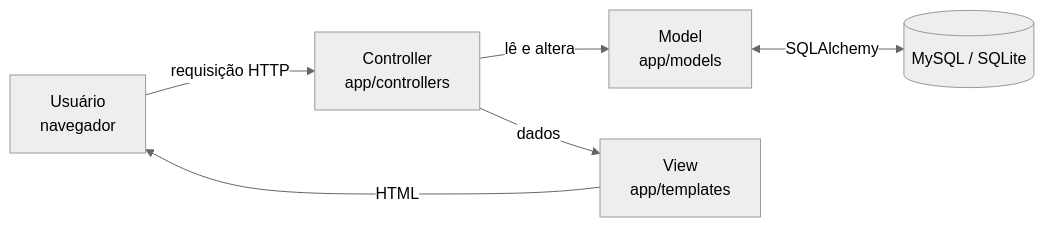
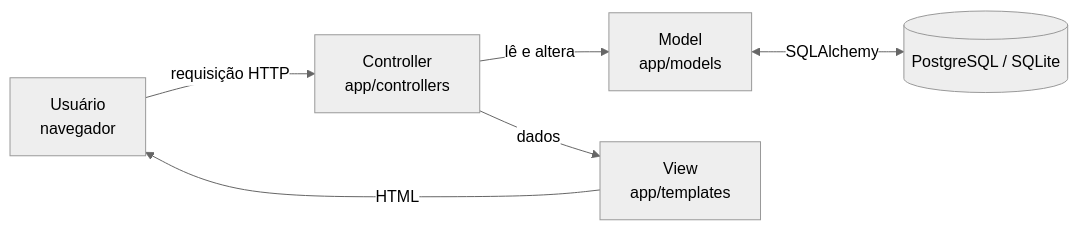
The diagram in README.md (Carlosvpontes/ProjetoIntegrador), drawn with Mermaid (neutral theme) before and after one commit. The commit also changed other lines of this file and 19 other files, not shown here.

First line of the commit message:
Troca da publicação: PythonAnywhere/MySQL → Render + Neon (PostgreSQL)

````diff
--- a/README.md
+++ b/README.md
@@ -62,8 +62,8 @@
 ```mermaid
 flowchart LR
     U[Usuário<br/>navegador] -->|requisição HTTP| C[Controller<br/>app/controllers]
     C -->|lê e altera| M[Model<br/>app/models]
-    M <-->|SQLAlchemy| DB[(MySQL / SQLite)]
+    M <-->|SQLAlchemy| DB[(PostgreSQL / SQLite)]
     C -->|dados| V[View<br/>app/templates]
     V -->|HTML| U
 ```
````
